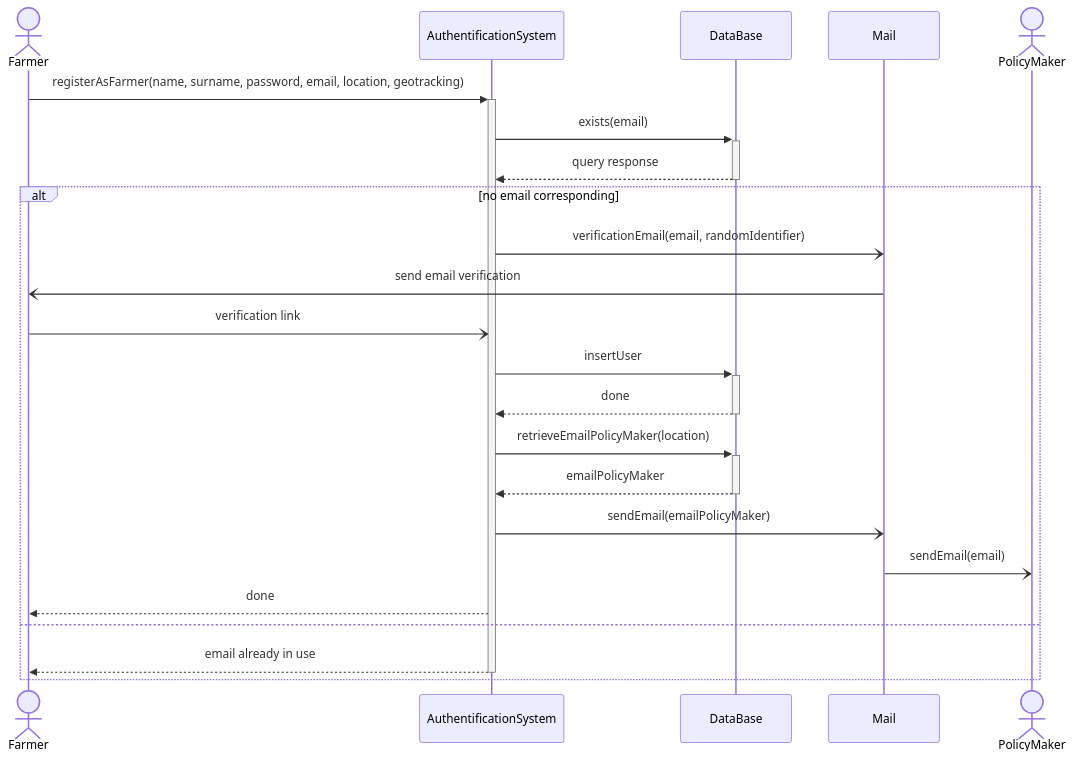
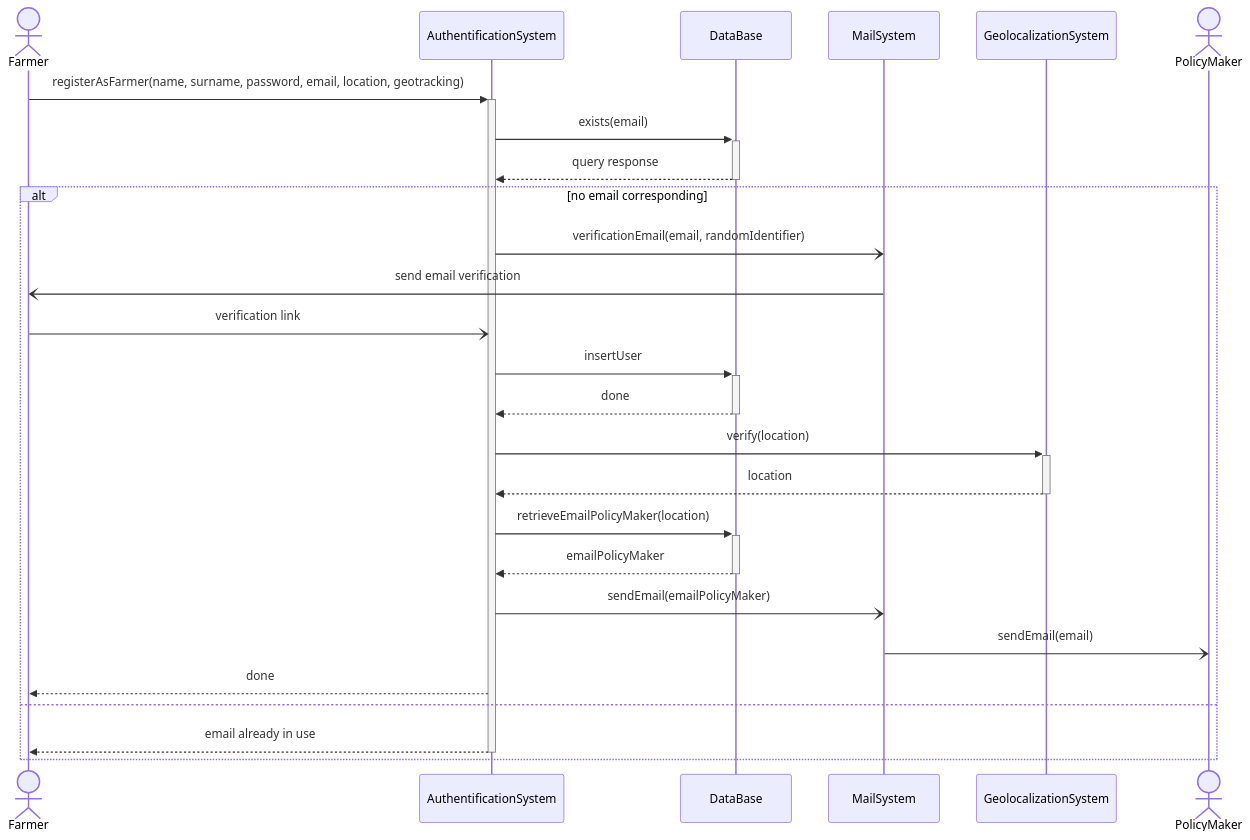
The first of 6 diagrams in uml/UMLdd.md (thekalipo/DeParcevauxPouliquen), drawn with Mermaid before and after one commit. The commit also changed other lines of this file and 3 other files, not shown here.

````diff
--- a/uml/UMLdd.md
+++ b/uml/UMLdd.md
@@ -3,25 +3,28 @@
 ```mermaid
 sequenceDiagram
     actor Farmer
     participant AuthentificationSystem
     participant DataBase
-    participant Mail
+    participant MailSystem
+    participant GeolocalizationSystem
     actor PolicyMaker
     Farmer->>+AuthentificationSystem: registerAsFarmer(name, surname, password, email, location, geotracking)
     AuthentificationSystem->>+DataBase: exists(email)
     DataBase-->>-AuthentificationSystem: query response
     alt no email corresponding
-        AuthentificationSystem-)Mail: verificationEmail(email, randomIdentifier)
-        Mail-)Farmer: send email verification
+        AuthentificationSystem-)MailSystem: verificationEmail(email, randomIdentifier)
+        MailSystem-)Farmer: send email verification
         Farmer-)AuthentificationSystem: verification link
         AuthentificationSystem->>+DataBase: insertUser
         DataBase-->>-AuthentificationSystem: done
+        AuthentificationSystem->>+ GeolocalizationSystem: verify(location)
+        GeolocalizationSystem-->>-AuthentificationSystem: location
         AuthentificationSystem->>+DataBase: retrieveEmailPolicyMaker(location)
         DataBase-->>-AuthentificationSystem: emailPolicyMaker
-        AuthentificationSystem-)Mail: sendEmail(emailPolicyMaker)
-        Mail-)PolicyMaker: sendEmail(email)
+        AuthentificationSystem-)MailSystem: sendEmail(emailPolicyMaker)
+        MailSystem-)PolicyMaker: sendEmail(email)
         AuthentificationSystem-->>Farmer: done
     else
         AuthentificationSystem-->>-Farmer: email already in use
     end
 ```
````
